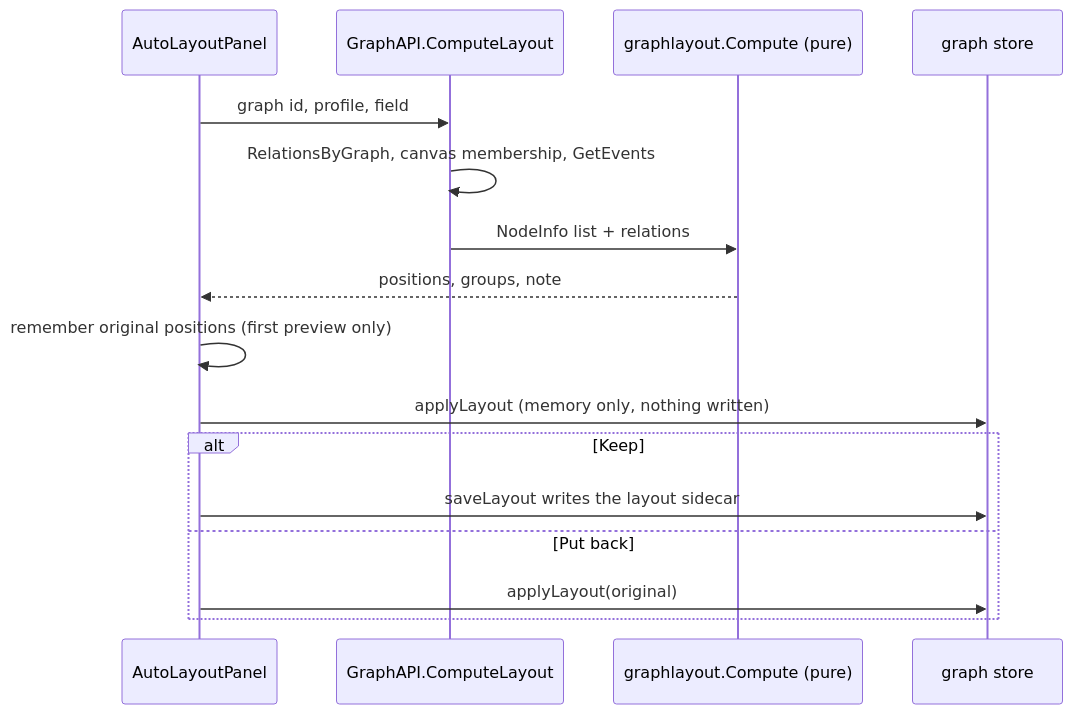
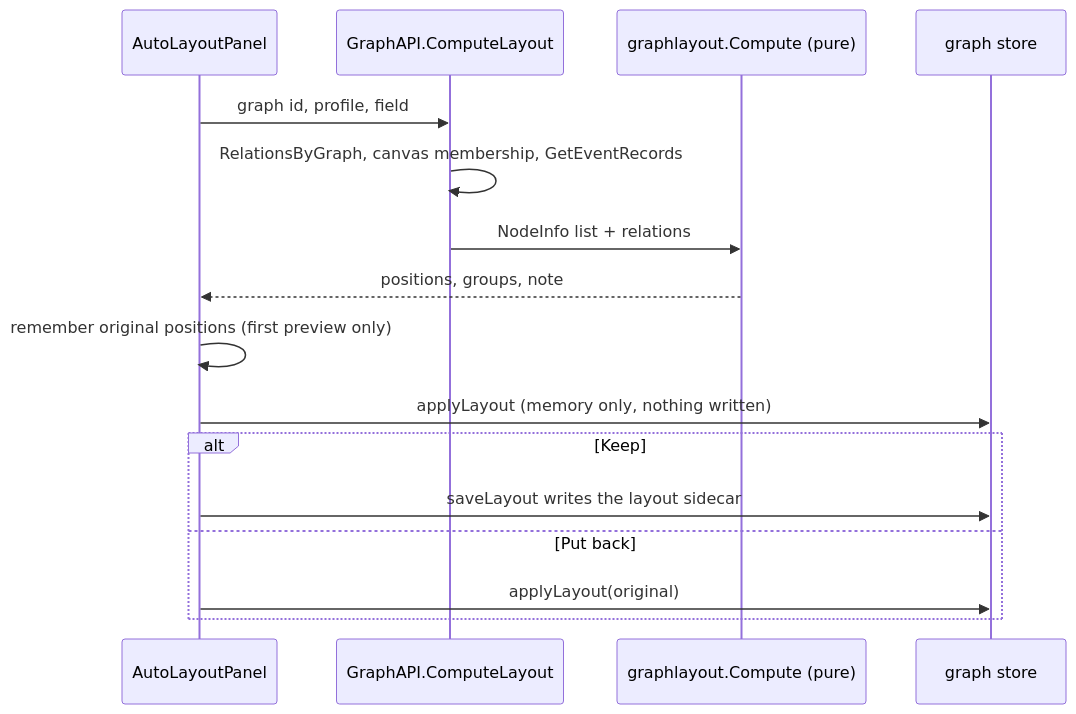
Diagram 18 of 22 in LLD.md (aoiflux/rohy), drawn with Mermaid before and after one commit. The commit also changed other lines of this file and 64 other files, not shown here.

````diff
--- a/LLD.md
+++ b/LLD.md
@@ -1531,18 +1570,18 @@
 ```mermaid
 sequenceDiagram
     participant P as AutoLayoutPanel
     participant A as GraphAPI.ComputeLayout
     participant L as graphlayout.Compute (pure)
     participant G as graph store
     P->>A: graph id, profile, field
-    A->>A: RelationsByGraph, canvas membership, GetEvents
+    A->>A: RelationsByGraph, canvas membership, GetEventRecords
     A->>L: NodeInfo list + relations
     L-->>P: positions, groups, note
     P->>P: remember original positions (first preview only)
     P->>G: applyLayout (memory only, nothing written)
     alt Keep
         P->>G: saveLayout writes the layout sidecar
     else Put back
         P->>G: applyLayout(original)
     end
 ```
````
